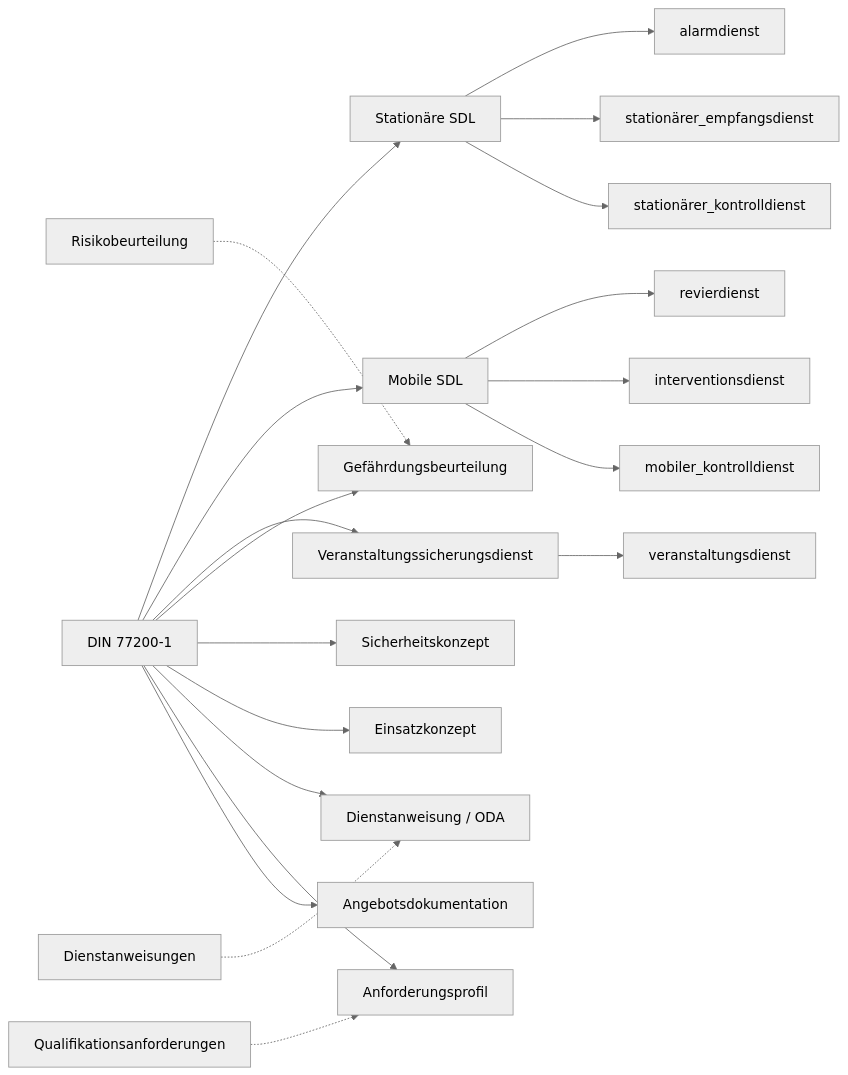
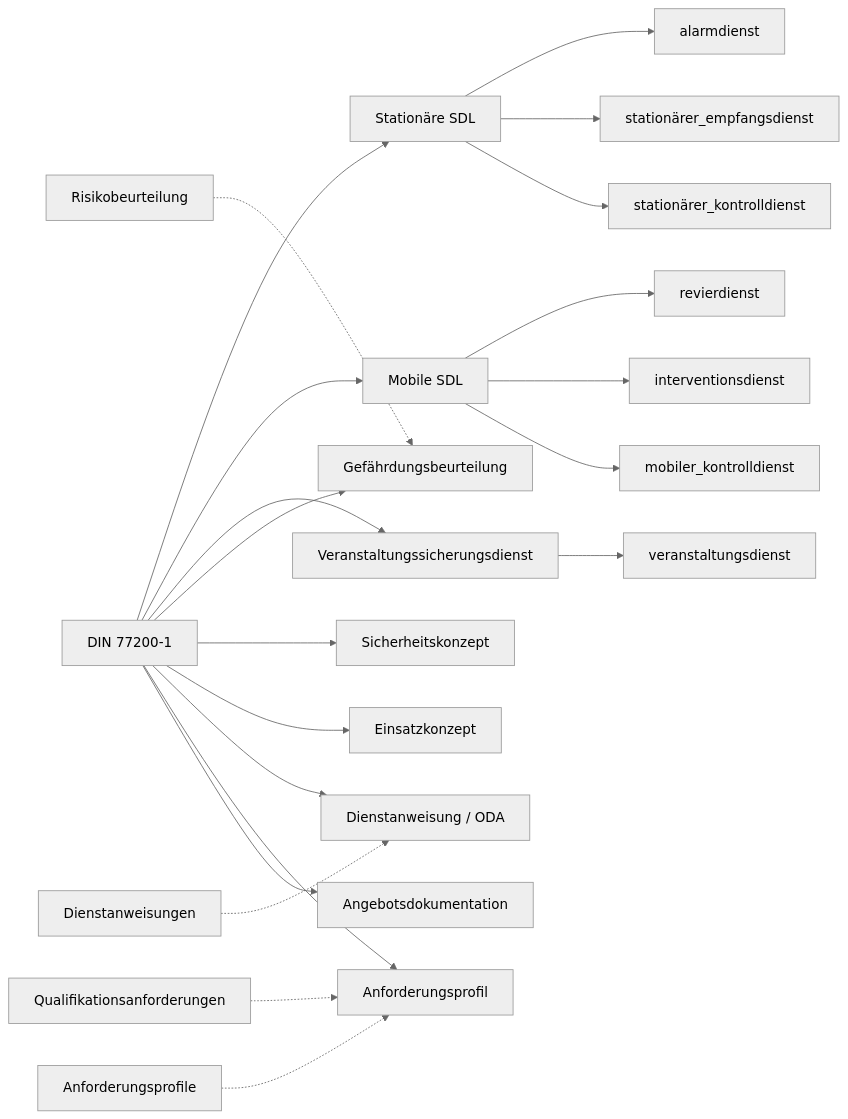
Before and after one commit to derbrocken/cert-expert-ai: the third of 4 diagrams in knowledge/1_standards/DIN 77200-1/overview.md, drawn with Mermaid (neutral theme). The commit also changed other lines of this file and 27 other files, not shown here.

````diff
--- a/knowledge/1_standards/DIN 77200-1/overview.md
+++ b/knowledge/1_standards/DIN 77200-1/overview.md
@@ -363,29 +369,30 @@
 ```mermaid
 graph LR
     DIN77200_1["DIN 77200-1"]
 
     DIN77200_1 --> SDL_Stationaer["Stationäre SDL"]
     DIN77200_1 --> SDL_Mobil["Mobile SDL"]
     DIN77200_1 --> SDL_Event["Veranstaltungssicherungsdienst"]
 
     SDL_Stationaer --> Alarm["alarmdienst"]
     SDL_Stationaer --> Empfang["stationärer_empfangsdienst"]
     SDL_Stationaer --> Kontrolle_S["stationärer_kontrolldienst"]
 
     SDL_Mobil --> Revier["revierdienst"]
     SDL_Mobil --> Intervention["interventionsdienst"]
     SDL_Mobil --> Kontrolle_M["mobiler_kontrolldienst"]
 
     SDL_Event --> Event["veranstaltungsdienst"]
 
     DIN77200_1 --> GB["Gefährdungsbeurteilung"]
     DIN77200_1 --> SK["Sicherheitskonzept"]
     DIN77200_1 --> EC["Einsatzkonzept"]
     DIN77200_1 --> ODA["Dienstanweisung / ODA"]
     DIN77200_1 --> Profil["Anforderungsprofil"]
     DIN77200_1 --> Angebot["Angebotsdokumentation"]
 
     Risk["Risikobeurteilung"] -.-> GB
     Site["Dienstanweisungen"] -.-> ODA
     Qualification["Qualifikationsanforderungen"] -.-> Profil
+    ProfilMod["Anforderungsprofile"] -.-> Profil
 ```
````
